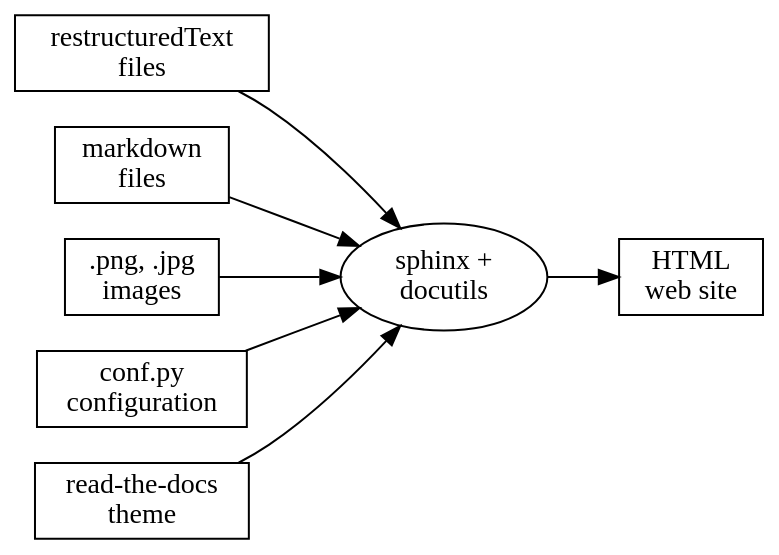
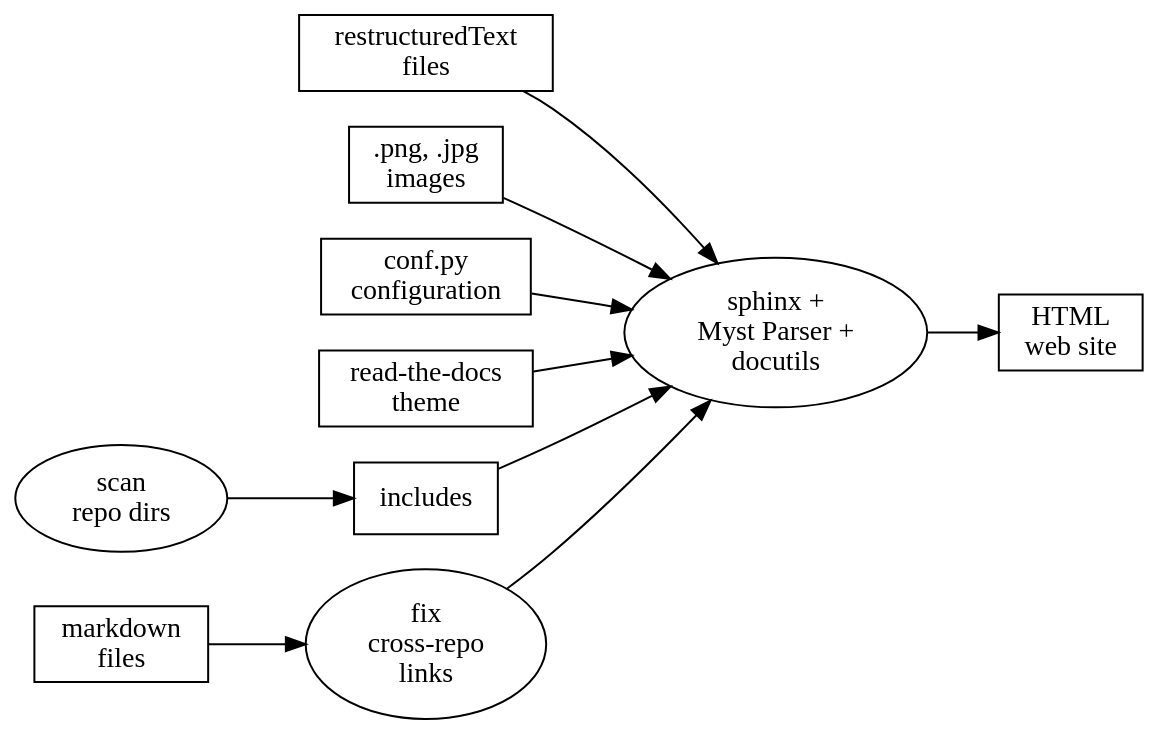
The diagram in developer-guides/images/doc-gen-flow.dot (opea-project/docs), drawn with Graphviz before and after one commit. The commit also changed 3 other files, not shown here.

```diff
--- a/developer-guides/images/doc-gen-flow.dot
+++ b/developer-guides/images/doc-gen-flow.dot
@@ -1,20 +1,26 @@
 # Doc Generation flow
 # dot -Tpng -odoc-gen-flow.png doc-gen-flow.dot
 
 digraph docgen {
    node [ fontname="verdana"]
    bgcolor=transparent; rankdir=LR;
    rst [shape="rectangle" label="restructuredText\nfiles"]
    md [shape="rectangle" label="markdown\nfiles"]
    images [shape="rectangle" label=".png, .jpg\nimages"]
    conf [shape="rectangle" label="conf.py\nconfiguration"]
    rtd [shape="rectangle" label="read-the-docs\ntheme"]
    html [shape="rectangle" label="HTML\nweb site"]
-   sphinx[shape="ellipse" label="sphinx +\ndocutils"]
+   includes [shape="rectangle" label="includes"]
+   sphinx[shape="ellipse" label="sphinx +\nMyst Parser +\ndocutils"]
+   prepare[shape="ellipse" label="fix\ncross-repo\nlinks"]
+   scan[shape="ellipse" label="scan\nrepo dirs"]
    images -> sphinx
+   scan -> includes
+   includes -> sphinx
    rst -> sphinx
-   md -> sphinx
+   md -> prepare
+   prepare -> sphinx
    conf -> sphinx
    rtd -> sphinx
    sphinx -> html
    }
```
